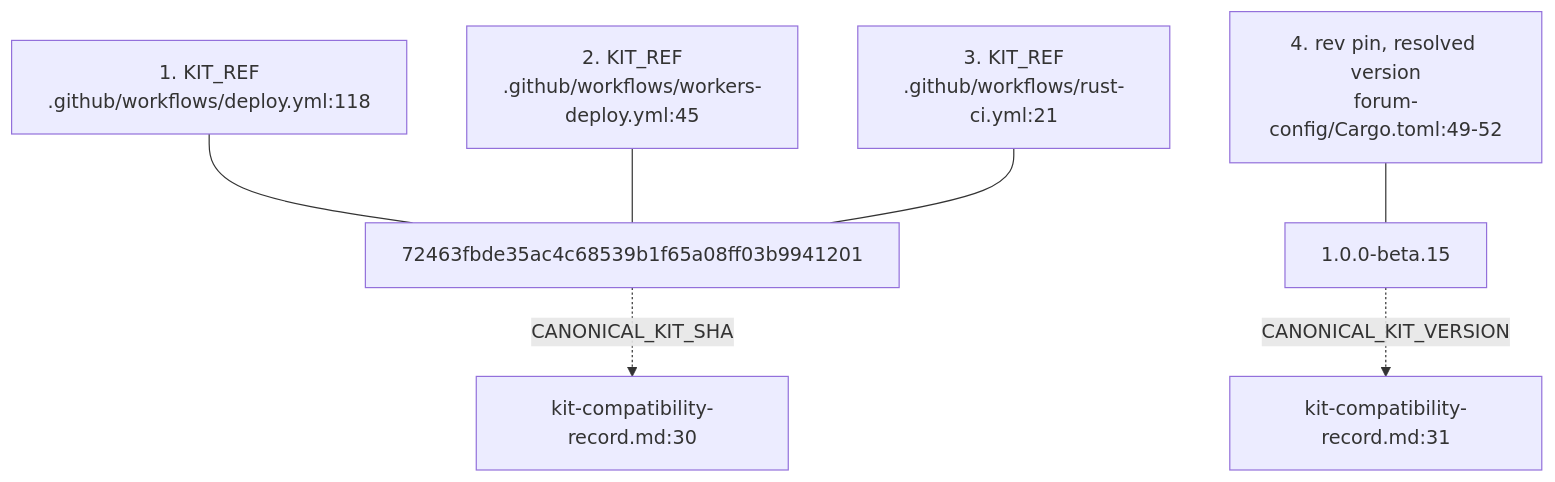
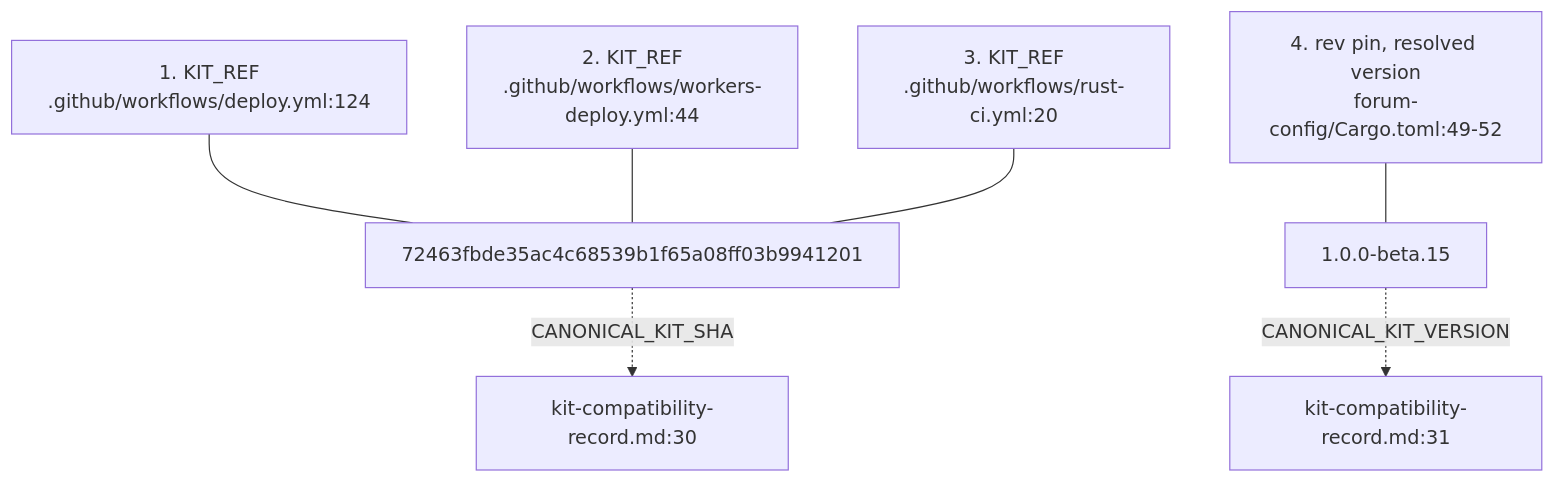
Before and after one commit to DreamLab-AI/VisionFlow: the fourth of 7 diagrams in docs/diagrams/dreamlab-ai-website/01-repo-composition-and-deploy-topology.md, drawn with Mermaid. The commit also changed other lines of this file and 80 other files, not shown here.

First line of the commit message:
docs(diagrams): re-verify the agentbox, dreamlab, estate and visionflow corpus against current sources

````diff
--- a/docs/diagrams/dreamlab-ai-website/01-repo-composition-and-deploy-topology.md
+++ b/docs/diagrams/dreamlab-ai-website/01-repo-composition-and-deploy-topology.md
@@ -66,9 +66,9 @@
 ```mermaid
 flowchart TB
-    A["1. KIT_REF<br/>.github/workflows/deploy.yml:118"] --- SHA["72463fbde35ac4c68539b1f65a08ff03b9941201"]
-    B["2. KIT_REF<br/>.github/workflows/workers-deploy.yml:45"] --- SHA
-    C["3. KIT_REF<br/>.github/workflows/rust-ci.yml:21"] --- SHA
+    A["1. KIT_REF<br/>.github/workflows/deploy.yml:124"] --- SHA["72463fbde35ac4c68539b1f65a08ff03b9941201"]
+    B["2. KIT_REF<br/>.github/workflows/workers-deploy.yml:44"] --- SHA
+    C["3. KIT_REF<br/>.github/workflows/rust-ci.yml:20"] --- SHA
     D["4. rev pin, resolved version<br/>forum-config/Cargo.toml:49-52"] --- VER["1.0.0-beta.15"]
     SHA -.->|"CANONICAL_KIT_SHA"| REC["kit-compatibility-record.md:30"]
     VER -.->|"CANONICAL_KIT_VERSION"| REC2["kit-compatibility-record.md:31"]
 ```
````
